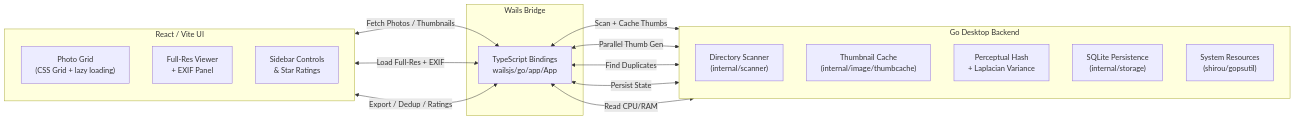
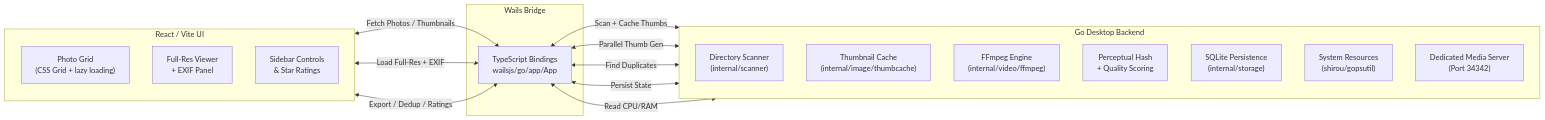
The diagram in README.md (Abhishekmitra-slg/CullSnap), drawn with Mermaid before and after one commit. The commit also changed other lines of this file and 25 other files, not shown here.

````diff
--- a/README.md
+++ b/README.md
@@ -27,32 +27,34 @@
 ```mermaid
 graph LR
     subgraph Frontend [React / Vite UI]
         direction TB
         Grid["Photo Grid\n(CSS Grid + lazy loading)"]
         Viewer["Full-Res Viewer\n+ EXIF Panel"]
         Sidebar["Sidebar Controls\n& Star Ratings"]
     end
 
     subgraph IPC [Wails Bridge]
         Bindings["TypeScript Bindings\nwailsjs/go/app/App"]
     end
 
     subgraph Backend [Go Desktop Backend]
         direction TB
         Scanner["Directory Scanner\n(internal/scanner)"]
         ThumbCache["Thumbnail Cache\n(internal/image/thumbcache)"]
-        Dedupe["Perceptual Hash\n+ Laplacian Variance"]
+        FFmpeg["FFmpeg Engine\n(internal/video/ffmpeg)"]
+        Dedupe["Perceptual Hash\n+ Quality Scoring"]
         Storage["SQLite Persistence\n(internal/storage)"]
         OS["System Resources\n(shirou/gopsutil)"]
+        MediaServer["Dedicated Media Server\n(Port 34342)"]
     end
 
     Grid <-->|Fetch Photos / Thumbnails| Bindings
     Viewer <-->|Load Full-Res + EXIF| Bindings
     Sidebar <-->|Export / Dedup / Ratings| Bindings
 
     Bindings <-->|Scan + Cache Thumbs| Scanner
     Bindings <-->|Parallel Thumb Gen| ThumbCache
     Bindings <-->|Find Duplicates| Dedupe
     Bindings <-->|Persist State| Storage
     Bindings <-->|Read CPU/RAM| OS
 ```
````
